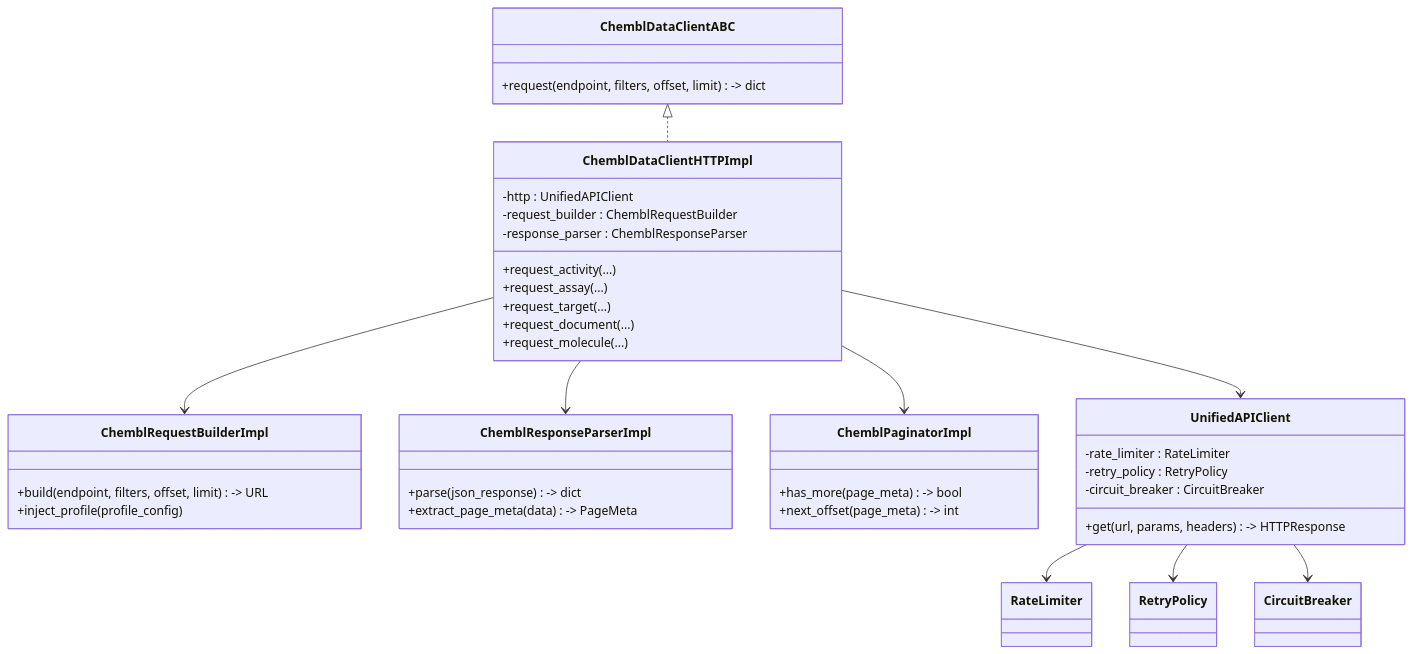
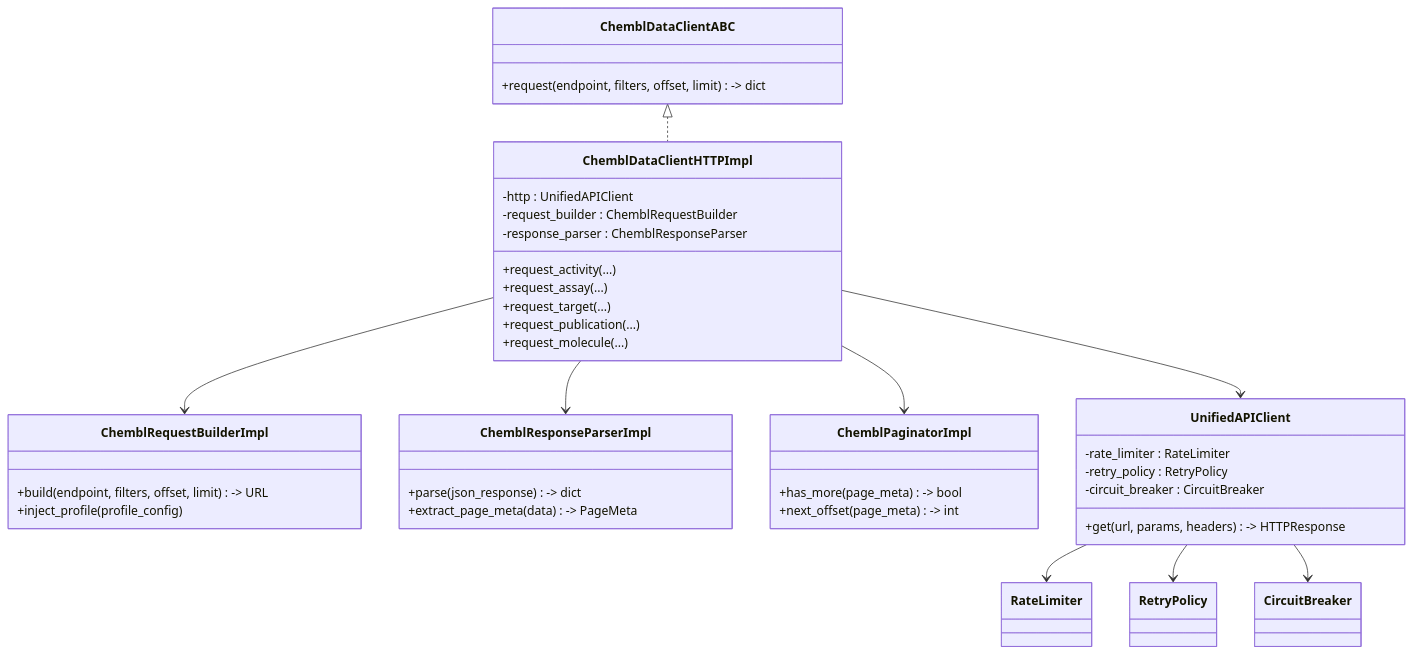
One commit to SatoryKono/BioactivityDataAcquisition changed the diagram in docs/architecture/diagrams/class/35-chembl-client-components.mmd. Above: the diagram before and after it, drawn with Mermaid. The commit also changed 50 other files, not shown here.

Commit message:
Переименование Document в Publication

```diff
--- a/docs/architecture/diagrams/class/35-chembl-client-components.mmd
+++ b/docs/architecture/diagrams/class/35-chembl-client-components.mmd
@@ -1,45 +1,45 @@
 %%{init: {"class": {"domainPrimary": {"fill": "#f5f5f5", "stroke": "#444", "strokeWidth": 1.5, "color": "#111", "fontSize": "22px"}, "domainSecondary": {"fill": "#e3e7ec", "stroke": "#555", "strokeWidth": 1.2, "color": "#111", "fontSize": "18px"}, "interface": {"fill": "#dde7f2", "stroke": "#44546a", "strokeWidth": 1.5, "color": "#111", "fontSize": "22px"}}}}%%
 classDiagram
     class ChemblDataClientABC {
         +request(endpoint, filters, offset, limit) -> dict
     }
     class ChemblDataClientHTTPImpl {
         -http : UnifiedAPIClient
         -request_builder : ChemblRequestBuilder
         -response_parser : ChemblResponseParser
         +request_activity(...)
         +request_assay(...)
         +request_target(...)
-        +request_document(...)
+        +request_publication(...)
         +request_molecule(...)
     }
     class ChemblRequestBuilderImpl {
         +build(endpoint, filters, offset, limit) -> URL
         +inject_profile(profile_config)
     }
     class ChemblResponseParserImpl {
         +parse(json_response) -> dict
         +extract_page_meta(data) -> PageMeta
     }
     class ChemblPaginatorImpl {
         +has_more(page_meta) -> bool
         +next_offset(page_meta) -> int
     }
     class UnifiedAPIClient {
         +get(url, params, headers) -> HTTPResponse
         -rate_limiter : RateLimiter
         -retry_policy : RetryPolicy
         -circuit_breaker : CircuitBreaker
     }
     class RateLimiter
     class RetryPolicy
     class CircuitBreaker
 
     ChemblDataClientABC <|.. ChemblDataClientHTTPImpl
     ChemblDataClientHTTPImpl --> ChemblRequestBuilderImpl
     ChemblDataClientHTTPImpl --> ChemblResponseParserImpl
     ChemblDataClientHTTPImpl --> ChemblPaginatorImpl
     ChemblDataClientHTTPImpl --> UnifiedAPIClient
     UnifiedAPIClient --> RateLimiter
     UnifiedAPIClient --> RetryPolicy
     UnifiedAPIClient --> CircuitBreaker
```
